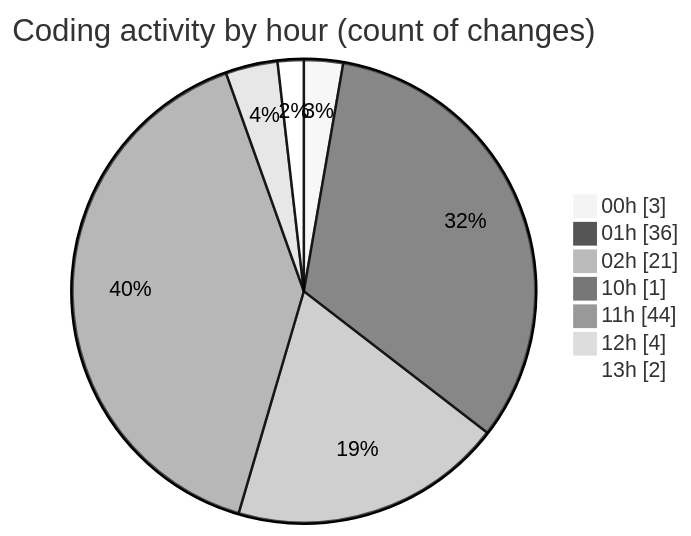
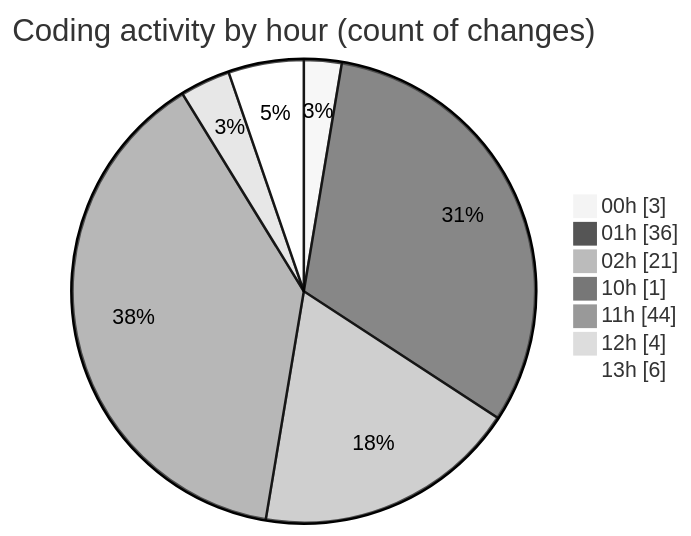
The second of 2 diagrams in 2025-09-05/hiai-phf/README.md (lephambinh05/code-tracking), drawn with Mermaid (neutral theme) before and after one commit. The commit also changed other lines of this file and 1 other file, not shown here.

````diff
--- a/2025-09-05/hiai-phf/README.md
+++ b/2025-09-05/hiai-phf/README.md
@@ -66,11 +66,11 @@
 ```mermaid
 pie showData
 title Coding activity by hour (count of changes)
 "00h" : 3
 "01h" : 36
 "02h" : 21
 "10h" : 1
 "11h" : 44
 "12h" : 4
-"13h" : 2
+"13h" : 6
 ```
````
